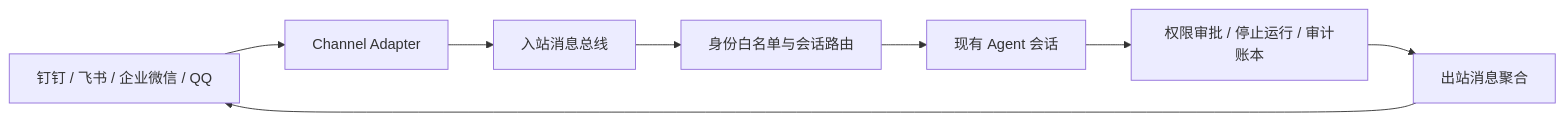
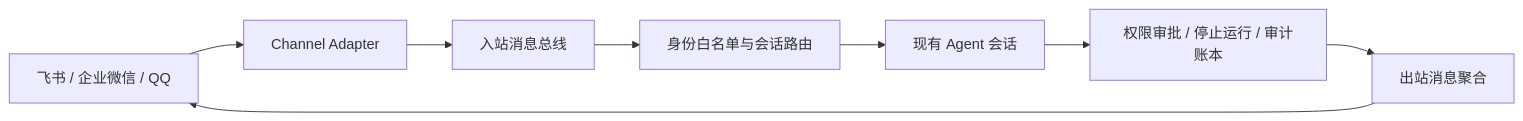
Before and after one commit to OpenMedAILab/oph-autoresearch: the fourth of 4 diagrams in README.md, drawn with Mermaid. The commit also changed other lines of this file and 72 other files, not shown here.

````diff
--- a/README.md
+++ b/README.md
@@ -84,10 +87,10 @@
 ```mermaid
 flowchart LR
-    A["钉钉 / 飞书 / 企业微信 / QQ"] --> B["Channel Adapter"]
+    A["飞书 / 企业微信 / QQ"] --> B["Channel Adapter"]
     B --> C["入站消息总线"]
     C --> D["身份白名单与会话路由"]
     D --> E["现有 Agent 会话"]
     E --> F["权限审批 / 停止运行 / 审计账本"]
     F --> G["出站消息聚合"]
     G --> A
 ```
````
